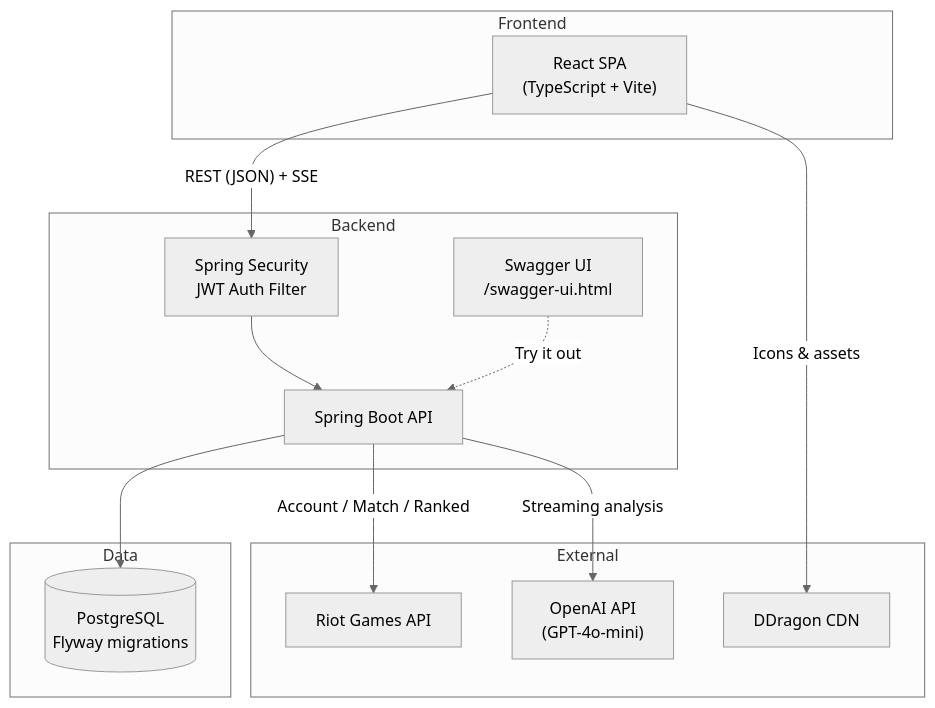
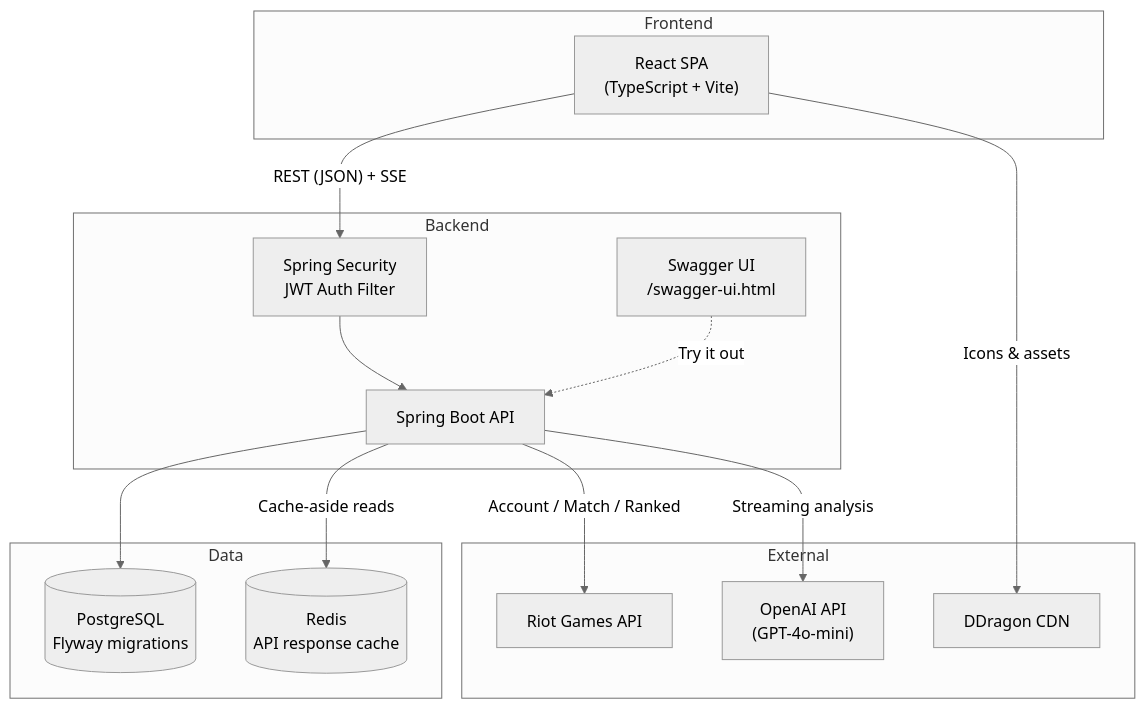
One commit to jianweicheng0822/lol-tracker changed the diagram in README.md. Above: the diagram before and after it, drawn with Mermaid (neutral theme). The commit also changed other lines of this file and 8 other files, not shown here.

First line of the commit message:
feat(cache): replace in-memory cache with Redis for Riot API responses

````diff
--- a/README.md
+++ b/README.md
@@ -50,30 +51,32 @@
 ```mermaid
 graph TB
     subgraph Frontend
         Browser["React SPA<br/>(TypeScript + Vite)"]
     end
 
     subgraph Backend
         API["Spring Boot API"]
         Security["Spring Security<br/>JWT Auth Filter"]
         Swagger["Swagger UI<br/>/swagger-ui.html"]
     end
 
     subgraph Data
         DB[("PostgreSQL<br/>Flyway migrations")]
+        Redis[("Redis<br/>API response cache")]
     end
 
     subgraph External
         Riot["Riot Games API"]
         OpenAI["OpenAI API<br/>(GPT-4o-mini)"]
         DDragon["DDragon CDN"]
     end
 
     Browser -->|"REST (JSON) + SSE"| Security
     Security --> API
     API --> DB
+    API -->|"Cache-aside reads"| Redis
     API -->|"Account / Match / Ranked"| Riot
     API -->|"Streaming analysis"| OpenAI
     Browser -->|"Icons & assets"| DDragon
     Swagger -.->|"Try it out"| API
 ```
````
